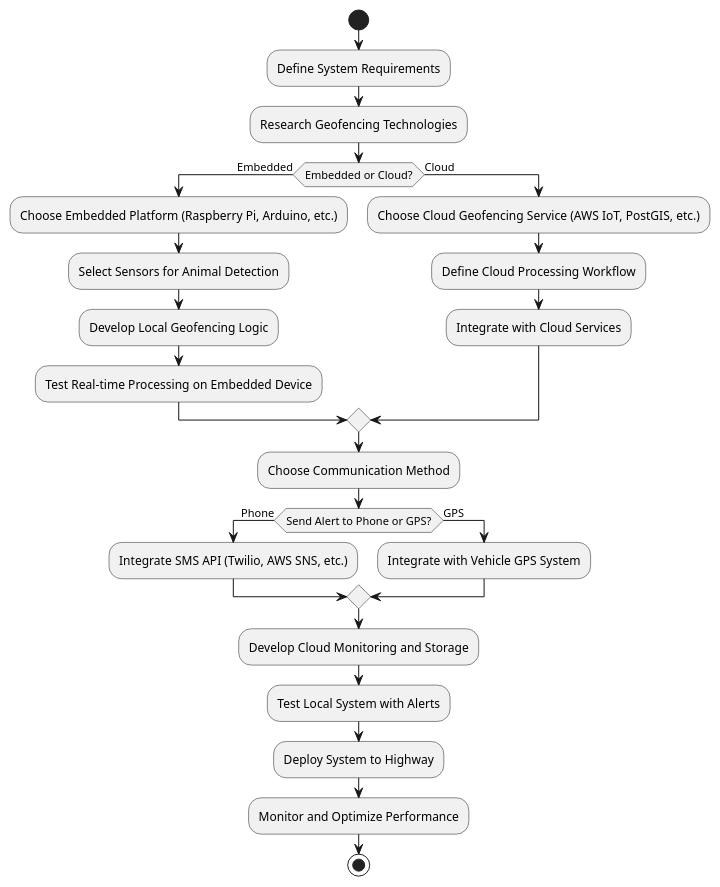
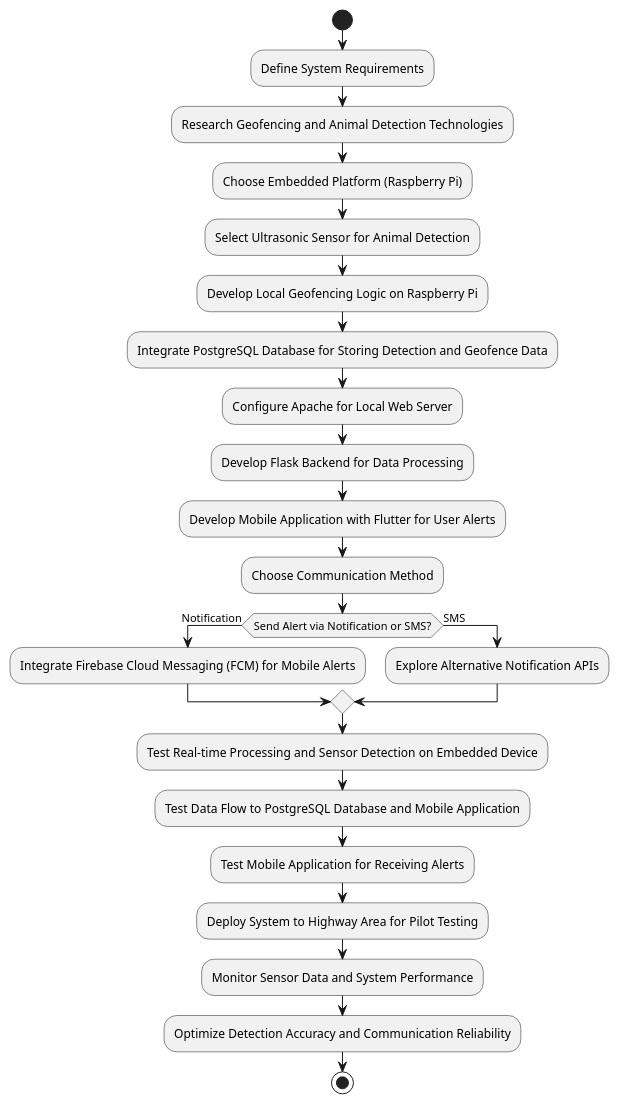
Before and after one commit to kxs1119/Detection-System: the diagram in docs/diagrams/workflow.puml, drawn with PlantUML. The commit also changed 6 other files, not shown here.

Commit message:
Adapted the UML with the new edgecases

```diff
--- a/docs/diagrams/workflow.puml
+++ b/docs/diagrams/workflow.puml
@@ -1,30 +1,32 @@
 @startuml
 start
 :Define System Requirements;
-:Research Geofencing Technologies;
+:Research Geofencing and Animal Detection Technologies;
 
-if (Embedded or Cloud?) then (Embedded)
-    :Choose Embedded Platform (Raspberry Pi, Arduino, etc.);
-    :Select Sensors for Animal Detection;
-    :Develop Local Geofencing Logic;
-    :Test Real-time Processing on Embedded Device;
-else (Cloud)
-    :Choose Cloud Geofencing Service (AWS IoT, PostGIS, etc.);
-    :Define Cloud Processing Workflow;
-    :Integrate with Cloud Services;
+:Choose Embedded Platform (Raspberry Pi);
+:Select Ultrasonic Sensor for Animal Detection;
+
+:Develop Local Geofencing Logic on Raspberry Pi;
+:Integrate PostgreSQL Database for Storing Detection and Geofence Data;
+
+:Configure Apache for Local Web Server;
+:Develop Flask Backend for Data Processing;
+:Develop Mobile Application with Flutter for User Alerts;
+
+:Choose Communication Method;
+if (Send Alert via Notification or SMS?) then (Notification)
+    :Integrate Firebase Cloud Messaging (FCM) for Mobile Alerts;
+else (SMS)
+    :Explore Alternative Notification APIs;
 endif
 
-:Choose Communication Method;
-if (Send Alert to Phone or GPS?) then (Phone)
-    :Integrate SMS API (Twilio, AWS SNS, etc.);
-else (GPS)
-    :Integrate with Vehicle GPS System;
-endif
+:Test Real-time Processing and Sensor Detection on Embedded Device;
+:Test Data Flow to PostgreSQL Database and Mobile Application;
+:Test Mobile Application for Receiving Alerts;
 
-:Develop Cloud Monitoring and Storage;
-:Test Local System with Alerts;
-:Deploy System to Highway;
-:Monitor and Optimize Performance;
+:Deploy System to Highway Area for Pilot Testing;
+:Monitor Sensor Data and System Performance;
+:Optimize Detection Accuracy and Communication Reliability;
 
 stop
 @enduml
```
